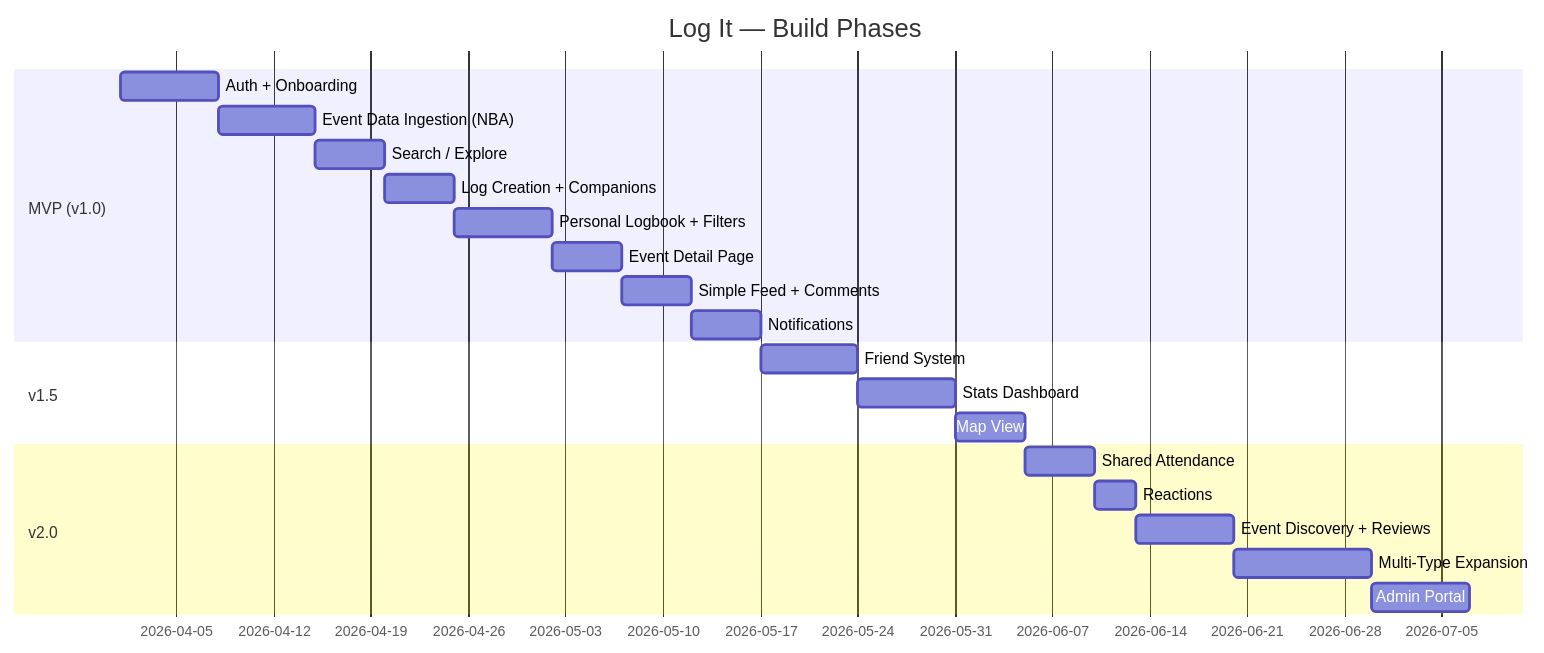
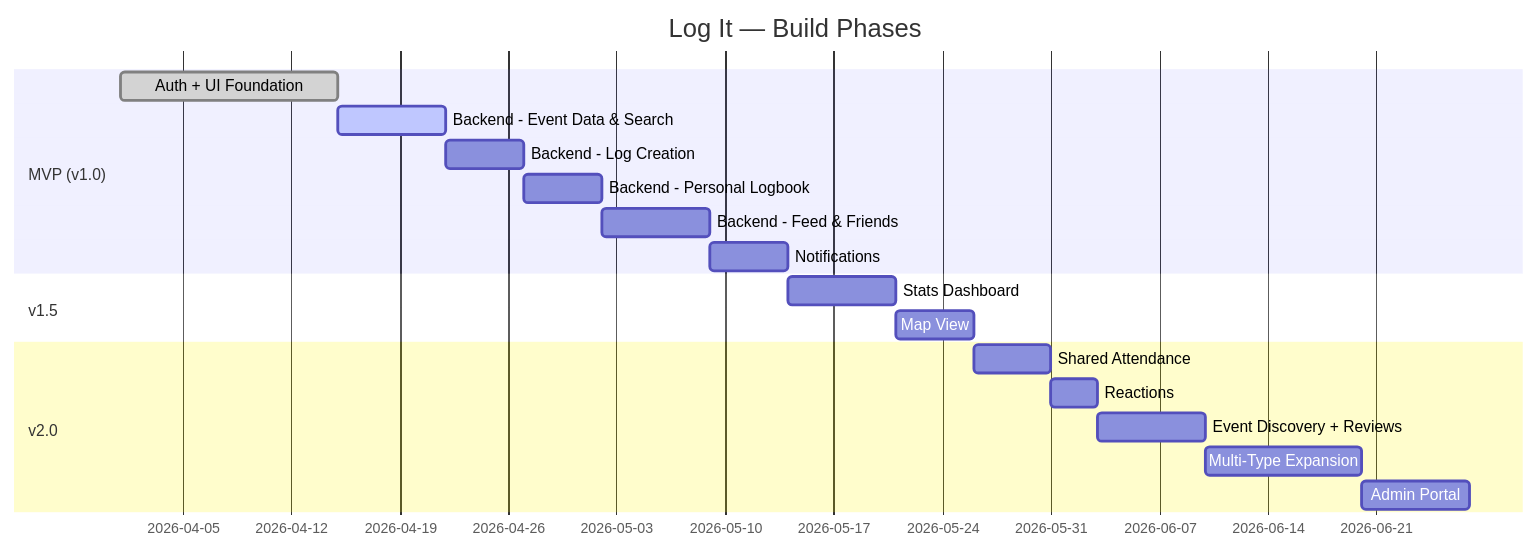
Before and after one commit to jonahr4/LogIt: the diagram in docs/FEATURE_ROADMAP.md, drawn with Mermaid. The commit also changed other lines of this file and 15 other files, not shown here.

Commit message:
feat: backend integration MVP - events, logs, NBA sync

````diff
--- a/docs/FEATURE_ROADMAP.md
+++ b/docs/FEATURE_ROADMAP.md
@@ -10,24 +11,21 @@
 ```mermaid
 gantt
     title Log It — Build Phases
     dateFormat  YYYY-MM-DD
     section MVP (v1.0)
-    Auth + Onboarding           :a1, 2026-04-01, 7d
-    Event Data Ingestion (NBA)  :a2, after a1, 7d
-    Search / Explore            :a3, after a2, 5d
-    Log Creation + Companions   :a4, after a3, 5d
-    Personal Logbook + Filters  :a5, after a4, 7d
-    Event Detail Page           :a6, after a5, 5d
-    Simple Feed + Comments      :a7, after a6, 5d
-    Notifications               :a8, after a7, 5d
+    Auth + UI Foundation        :done, a1, 2026-04-01, 14d
+    Backend - Event Data & Search:active, a2, after a1, 7d
+    Backend - Log Creation       :a3, after a2, 5d
+    Backend - Personal Logbook   :a4, after a3, 5d
+    Backend - Feed & Friends     :a5, after a4, 7d
+    Notifications               :a6, after a5, 5d
     section v1.5
-    Friend System               :b1, after a8, 7d
-    Stats Dashboard             :b2, after b1, 7d
-    Map View                    :b3, after b2, 5d
+    Stats Dashboard             :b1, after a6, 7d
+    Map View                    :b2, after b1, 5d
     section v2.0
-    Shared Attendance           :c1, after b3, 5d
+    Shared Attendance           :c1, after b2, 5d
     Reactions                   :c2, after c1, 3d
     Event Discovery + Reviews   :c3, after c2, 7d
     Multi-Type Expansion        :c4, after c3, 10d
     Admin Portal                :c5, after c4, 7d
 ```
````
